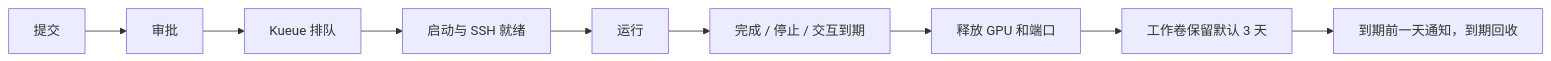
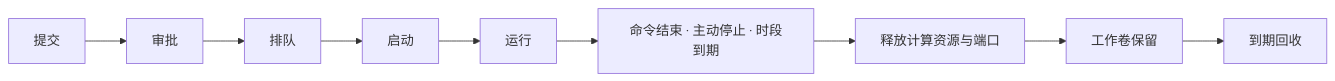
One commit to Kndy666/gpu-platform changed the second of 2 diagrams in docs/architecture.md. Above: the diagram before and after it, drawn with Mermaid. The commit also changed other lines of this file and 9 other files, not shown here.

````diff
--- a/docs/architecture.md
+++ b/docs/architecture.md
@@ -44,11 +45,11 @@
 ```mermaid
 flowchart LR
-    A[提交] --> B[审批]
-    B --> C[Kueue 排队]
-    C --> D[启动与 SSH 就绪]
-    D --> E[运行]
-    E --> F[完成 / 停止 / 交互到期]
-    F --> G[释放 GPU 和端口]
-    G --> H[工作卷保留默认 3 天]
-    H --> I[到期前一天通知，到期回收]
+    Submit[提交] --> Review[审批]
+    Review --> Queue[排队]
+    Queue --> Start[启动]
+    Start --> Running[运行]
+    Running --> Finish[命令结束 · 主动停止 · 时段到期]
+    Finish --> Release[释放计算资源与端口]
+    Release --> Retain[工作卷保留]
+    Retain --> Recycle[到期回收]
 ```
````
